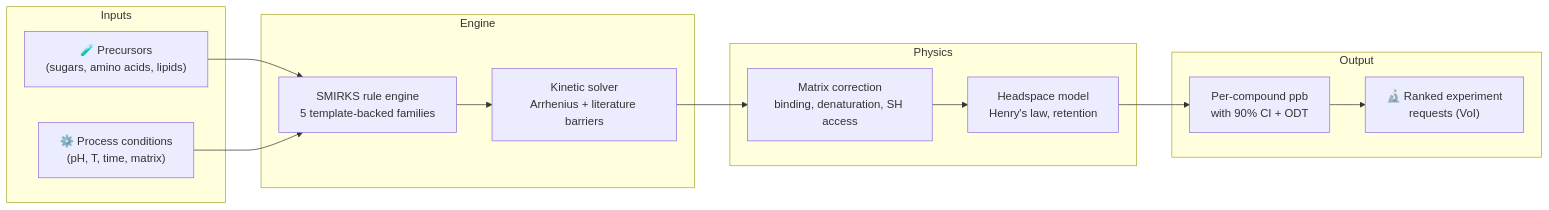
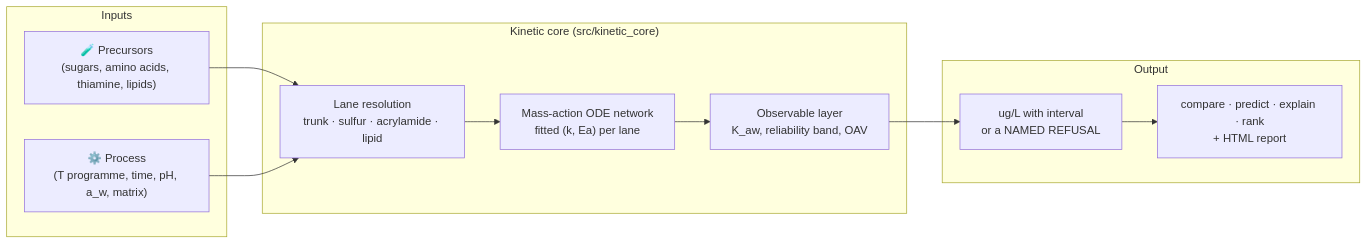
The diagram in README.md (PabloAMC/Maillard), drawn with Mermaid before and after one commit. The commit also changed other lines of this file and 19 other files, not shown here.

````diff
--- a/README.md
+++ b/README.md
@@ -36,24 +32,20 @@
 ```mermaid
 graph LR
     subgraph Inputs
-        A["🧪 Precursors<br/>(sugars, amino acids, lipids)"]
-        B["⚙️ Process conditions<br/>(pH, T, time, matrix)"]
+        A["🧪 Precursors<br/>(sugars, amino acids, thiamine, lipids)"]
+        B["⚙️ Process<br/>(T programme, time, pH, a_w, matrix)"]
     end
 
-    subgraph Engine
-        C["SMIRKS rule engine<br/>5 template-backed families"]
-        D["Kinetic solver<br/>Arrhenius + literature barriers"]
-    end
-
-    subgraph Physics
-        E["Matrix correction<br/>binding, denaturation, SH access"]
-        F["Headspace model<br/>Henry's law, retention"]
+    subgraph "Kinetic core (src/kinetic_core)"
+        C["Lane resolution<br/>trunk · sulfur · acrylamide · lipid"]
+        D["Mass-action ODE network<br/>fitted (k, Ea) per lane"]
+        E["Observable layer<br/>K_aw, reliability band, OAV"]
     end
 
     subgraph Output
-        G["Per-compound ppb<br/>with 90% CI + ODT"]
-        H["🔬 Ranked experiment<br/>requests (VoI)"]
+        G["ug/L with interval<br/>or a NAMED REFUSAL"]
+        H["compare · predict · explain · rank<br/>+ HTML report"]
     end
 
-    A & B --> C --> D --> E --> F --> G --> H
+    A & B --> C --> D --> E --> G --> H
 ```
````
